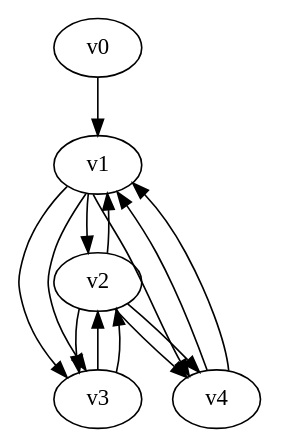
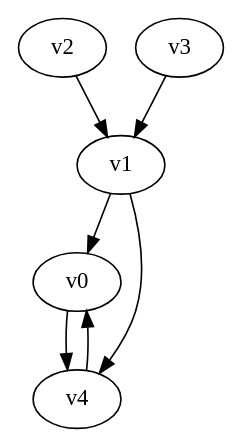
Before and after one commit to yadej/graph_project: the diagram in diagraph.dot, drawn with Graphviz. The commit also changed 2 other files, not shown here.

```diff
--- a/diagraph.dot
+++ b/diagraph.dot
@@ -1,9 +1,6 @@
 digraph G { 
-v0 -> v1;
-v1 -> v2 -> v3;
-v1 -> v3 -> v2;
-v1 -> v3 -> v2;
-v2 -> v1 -> v4;
-v2 -> v4 -> v1;
-v2 -> v4 -> v1;
+v1 -> v0 -> v4;
+v1 -> v4 -> v0;
+v2 -> v1;
+v3 -> v1;
 }
```
